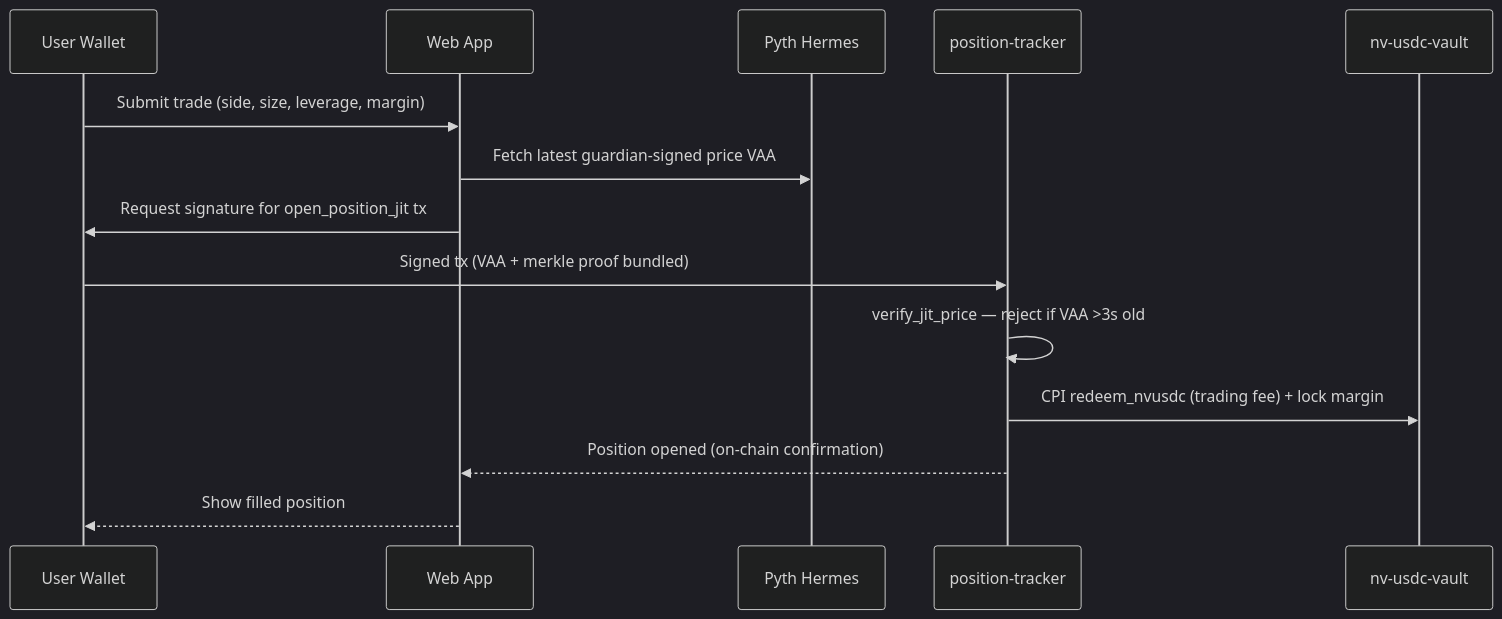
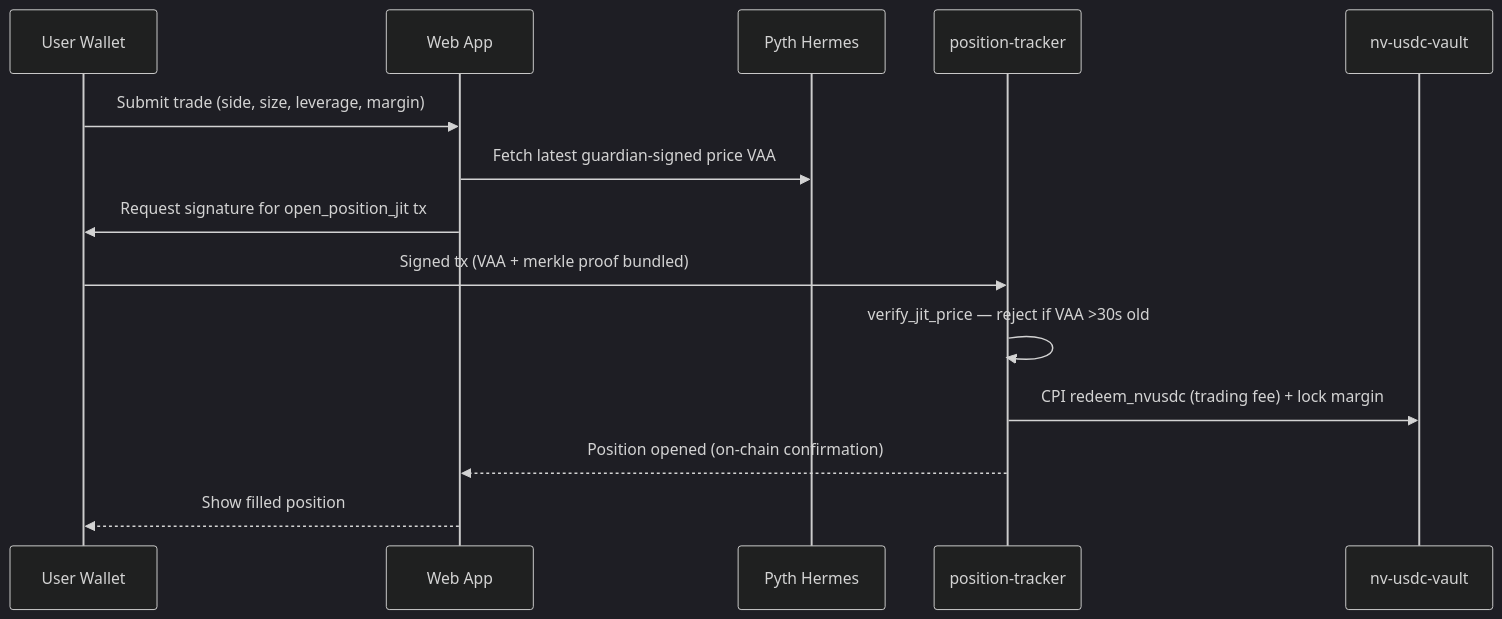
The second of 4 diagrams in docs/SYSTEM_DIAGRAMS.md (KezzyNgotho/noviscia-protocol), drawn with Mermaid (dark theme) before and after one commit. The commit also changed other lines of this file and 16 other files, not shown here.

````diff
--- a/docs/SYSTEM_DIAGRAMS.md
+++ b/docs/SYSTEM_DIAGRAMS.md
@@ -28,17 +28,17 @@
 ```mermaid
 sequenceDiagram
   participant U as User Wallet
   participant W as Web App
   participant H as Pyth Hermes
   participant PT as position-tracker
   participant NV as nv-usdc-vault
 
   U->>W: Submit trade (side, size, leverage, margin)
   W->>H: Fetch latest guardian-signed price VAA
   W->>U: Request signature for open_position_jit tx
   U->>PT: Signed tx (VAA + merkle proof bundled)
-  PT->>PT: verify_jit_price — reject if VAA >3s old
+  PT->>PT: verify_jit_price — reject if VAA >30s old
   PT->>NV: CPI redeem_nvusdc (trading fee) + lock margin
   PT-->>W: Position opened (on-chain confirmation)
   W-->>U: Show filled position
 ```
````
